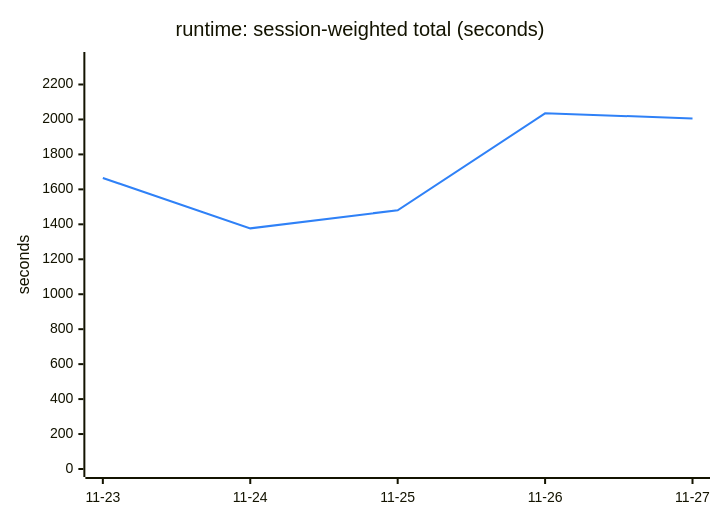
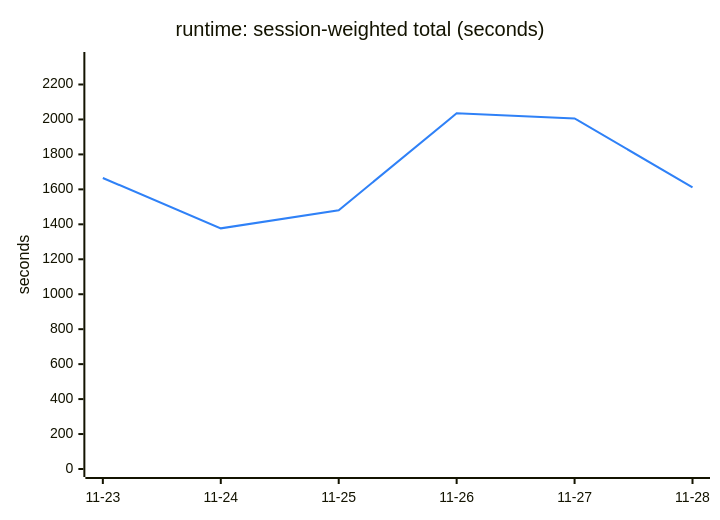
Before and after one commit to engalar/mxcli: the sixth of 6 diagrams in TREND.md, drawn with Mermaid. The commit also changed other lines of this file and 2 other files, not shown here.

````diff
--- a/TREND.md
+++ b/TREND.md
@@ -137,13 +137,13 @@
 ```mermaid
 ---
 config:
   themeVariables:
     xyChart:
       plotColorPalette: "#2f81f7"
 ---
 xychart-beta
     title "runtime: session-weighted total (seconds)"
-    x-axis ["11-23", "11-24", "11-25", "11-26", "11-27"]
+    x-axis ["11-23", "11-24", "11-25", "11-26", "11-27", "11-28"]
     y-axis "seconds" 0 --> 2340.16
-    line [1665.07, 1376.89, 1480.64, 2034.93, 2006.02]
+    line [1665.07, 1376.89, 1480.64, 2034.93, 2006.02, 1611.14]
 ```
````
